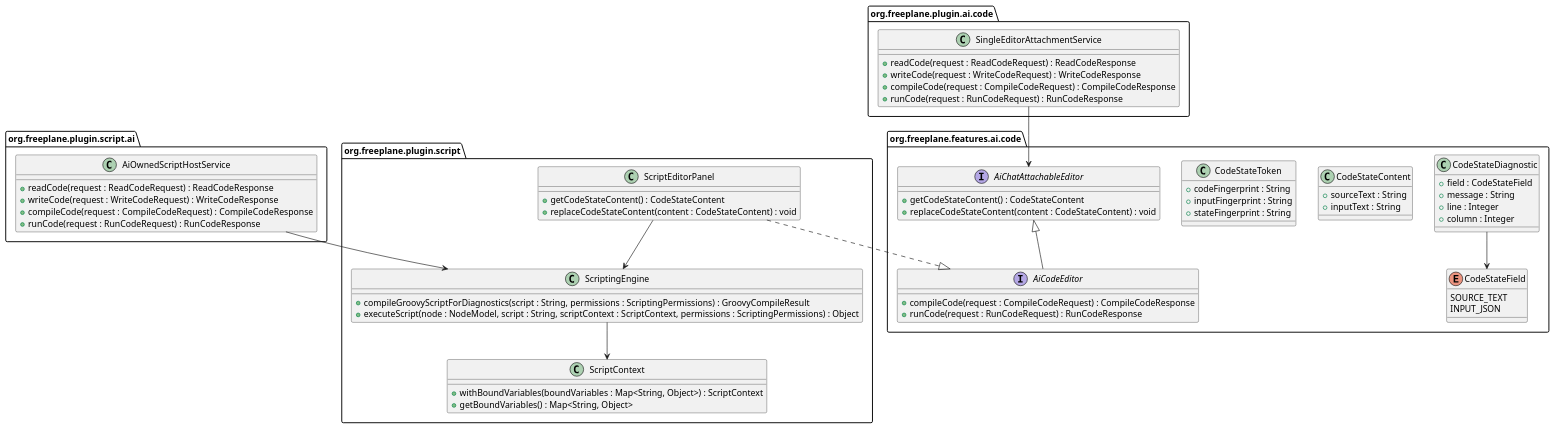
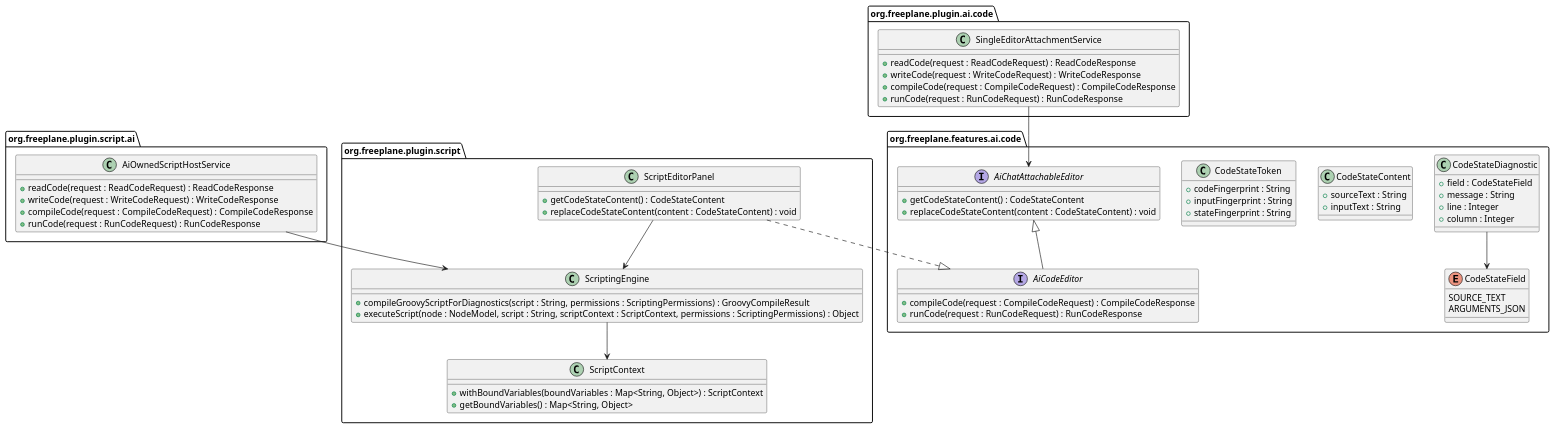
Before and after one commit to hyperdreamer/freeplane: the second of 3 diagrams in ai-specs/tasks/review/add-bound-json-inputs-to-script-hosts.md, drawn with PlantUML. The commit also changed other lines of this file and 42 other files, not shown here.

````diff
--- a/ai-specs/tasks/review/add-bound-json-inputs-to-script-hosts.md
+++ b/ai-specs/tasks/review/add-bound-json-inputs-to-script-hosts.md
@@ -302,71 +302,71 @@
 ```plantuml
 @startuml
 set separator none
 package "org.freeplane.features.ai.code" {
   class CodeStateContent {
     +sourceText : String
     +inputText : String
   }
   class CodeStateToken {
     +codeFingerprint : String
     +inputFingerprint : String
     +stateFingerprint : String
   }
   enum CodeStateField {
     SOURCE_TEXT
-    INPUT_JSON
+    ARGUMENTS_JSON
   }
   class CodeStateDiagnostic {
     +field : CodeStateField
     +message : String
     +line : Integer
     +column : Integer
   }
   interface AiChatAttachableEditor {
     +getCodeStateContent() : CodeStateContent
     +replaceCodeStateContent(content : CodeStateContent) : void
   }
   interface AiCodeEditor {
     +compileCode(request : CompileCodeRequest) : CompileCodeResponse
     +runCode(request : RunCodeRequest) : RunCodeResponse
   }
 }
 package "org.freeplane.plugin.ai.code" {
   class SingleEditorAttachmentService {
     +readCode(request : ReadCodeRequest) : ReadCodeResponse
     +writeCode(request : WriteCodeRequest) : WriteCodeResponse
     +compileCode(request : CompileCodeRequest) : CompileCodeResponse
     +runCode(request : RunCodeRequest) : RunCodeResponse
   }
 }
 package "org.freeplane.plugin.script.ai" {
   class AiOwnedScriptHostService {
     +readCode(request : ReadCodeRequest) : ReadCodeResponse
     +writeCode(request : WriteCodeRequest) : WriteCodeResponse
     +compileCode(request : CompileCodeRequest) : CompileCodeResponse
     +runCode(request : RunCodeRequest) : RunCodeResponse
   }
 }
 package "org.freeplane.plugin.script" {
   class ScriptEditorPanel {
     +getCodeStateContent() : CodeStateContent
     +replaceCodeStateContent(content : CodeStateContent) : void
   }
   class ScriptingEngine {
     +compileGroovyScriptForDiagnostics(script : String, permissions : ScriptingPermissions) : GroovyCompileResult
     +executeScript(node : NodeModel, script : String, scriptContext : ScriptContext, permissions : ScriptingPermissions) : Object
   }
   class ScriptContext {
     +withBoundVariables(boundVariables : Map<String, Object>) : ScriptContext
     +getBoundVariables() : Map<String, Object>
   }
 }
 AiCodeEditor -up-|> AiChatAttachableEditor
 ScriptEditorPanel ..|> AiCodeEditor
 SingleEditorAttachmentService --> AiChatAttachableEditor
 AiOwnedScriptHostService --> ScriptingEngine
 ScriptEditorPanel --> ScriptingEngine
 ScriptingEngine --> ScriptContext
 CodeStateDiagnostic --> CodeStateField
 @enduml
 ```
````
